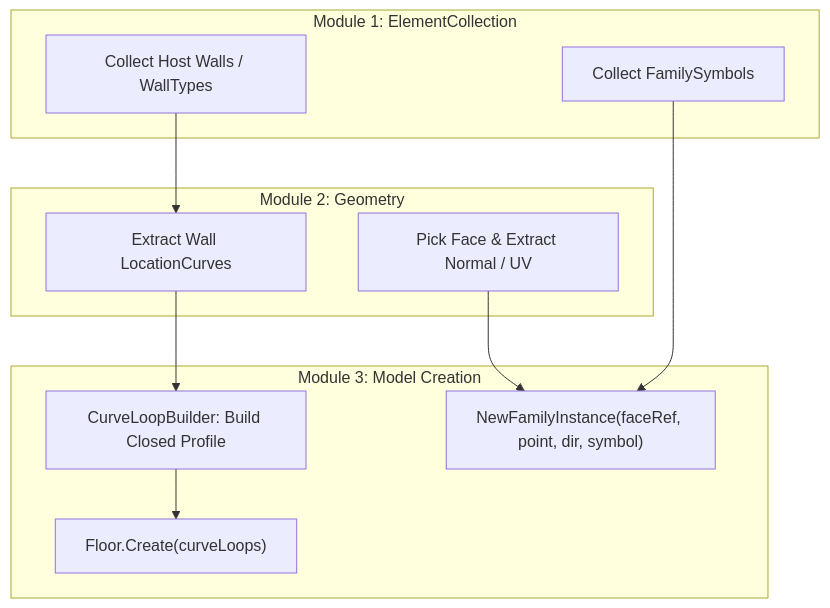
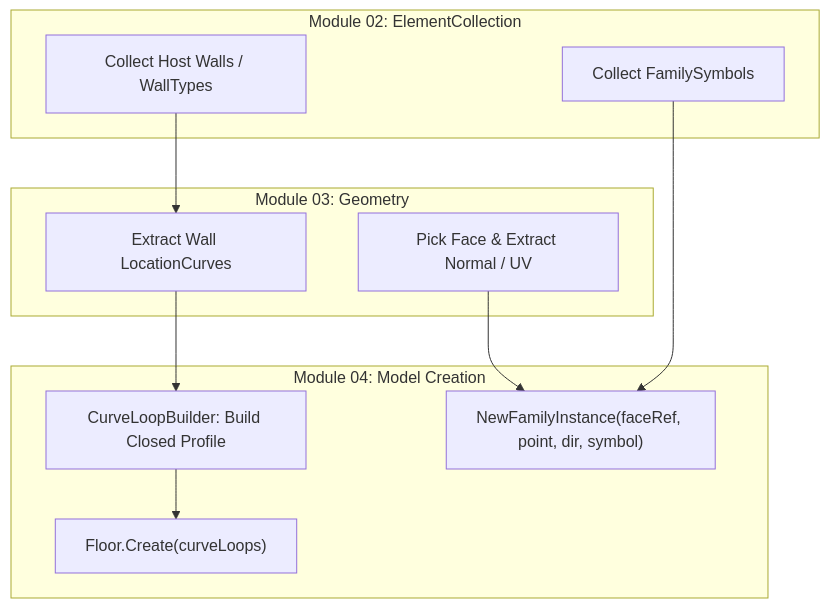
The seventh of 7 diagrams in RevitApiSamples/Samples/ModelCreation/ModelCreation.md (Mustafa-TOMMY/CommandSamplesRevitApiVer2025), drawn with Mermaid before and after one commit. The commit also changed other lines of this file and 7 other files, not shown here.

Commit message:
docs: standardize module numbering 01-09 and fix mermaid diagram syntax across all modules

````diff
--- a/RevitApiSamples/Samples/ModelCreation/ModelCreation.md
+++ b/RevitApiSamples/Samples/ModelCreation/ModelCreation.md
@@ -361,25 +361,25 @@
 ```mermaid
 flowchart TD
-    subgraph Mod1["Module 1: ElementCollection"]
+    subgraph Mod1["Module 02: ElementCollection"]
         CollectWalls["Collect Host Walls / WallTypes"]
         CollectSymbols["Collect FamilySymbols"]
     end
     
-    subgraph Mod2["Module 2: Geometry"]
+    subgraph Mod2["Module 03: Geometry"]
         ExtractGeom["Extract Wall LocationCurves"]
         PickFace["Pick Face & Extract Normal / UV"]
     end
     
-    subgraph Mod3["Module 3: Model Creation"]
+    subgraph Mod3["Module 04: Model Creation"]
         Builder["CurveLoopBuilder: Build Closed Profile"]
         CreateFloor["Floor.Create(curveLoops)"]
         CreateFamily["NewFamilyInstance(faceRef, point, dir, symbol)"]
     end
     
     CollectWalls --> ExtractGeom
     ExtractGeom --> Builder
     Builder --> CreateFloor
     
     CollectSymbols --> CreateFamily
     PickFace --> CreateFamily
 ```
````
